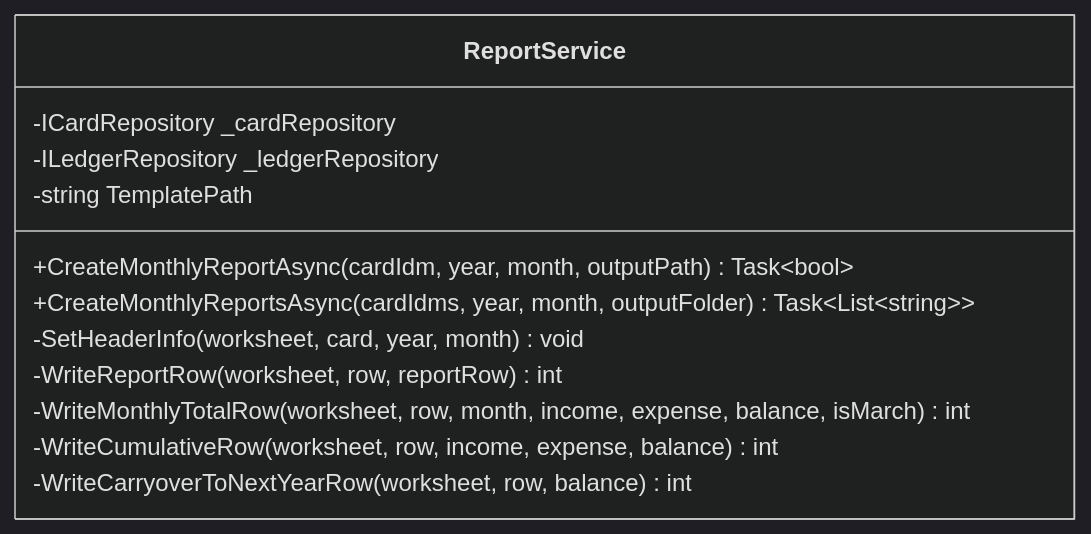
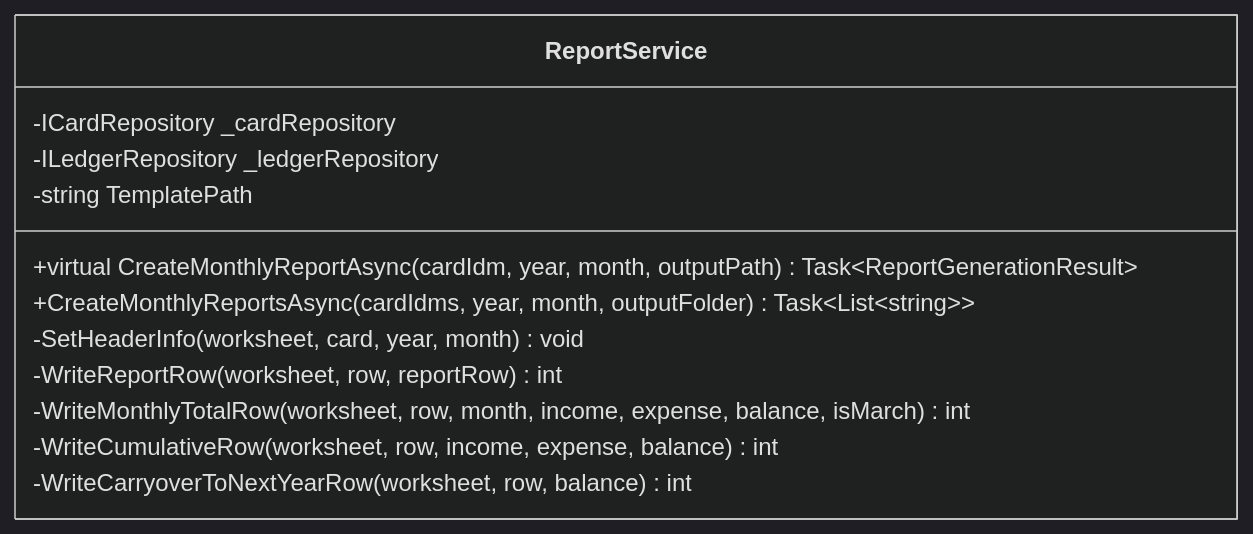
The seventh of 52 diagrams in ICCardManager/docs/design/05_クラス設計書.md (kuwayamamasayuki/ICCardManager), drawn with Mermaid (dark theme) before and after one commit. The commit also changed other lines of this file and 9 other files, not shown here.

````diff
--- a/ICCardManager/docs/design/05_クラス設計書.md
+++ b/ICCardManager/docs/design/05_クラス設計書.md
@@ -703,15 +703,15 @@
 ```mermaid
 classDiagram
     class ReportService {
         -ICardRepository _cardRepository
         -ILedgerRepository _ledgerRepository
         -string TemplatePath
-        +CreateMonthlyReportAsync(cardIdm, year, month, outputPath) Task~bool~
+        +virtual CreateMonthlyReportAsync(cardIdm, year, month, outputPath) Task~ReportGenerationResult~
         +CreateMonthlyReportsAsync(cardIdms, year, month, outputFolder) Task~List~string~~
         -SetHeaderInfo(worksheet, card, year, month) void
         -WriteReportRow(worksheet, row, reportRow) int
         -WriteMonthlyTotalRow(worksheet, row, month, income, expense, balance, isMarch) int
         -WriteCumulativeRow(worksheet, row, income, expense, balance) int
         -WriteCarryoverToNextYearRow(worksheet, row, balance) int
     }
 ```
````
